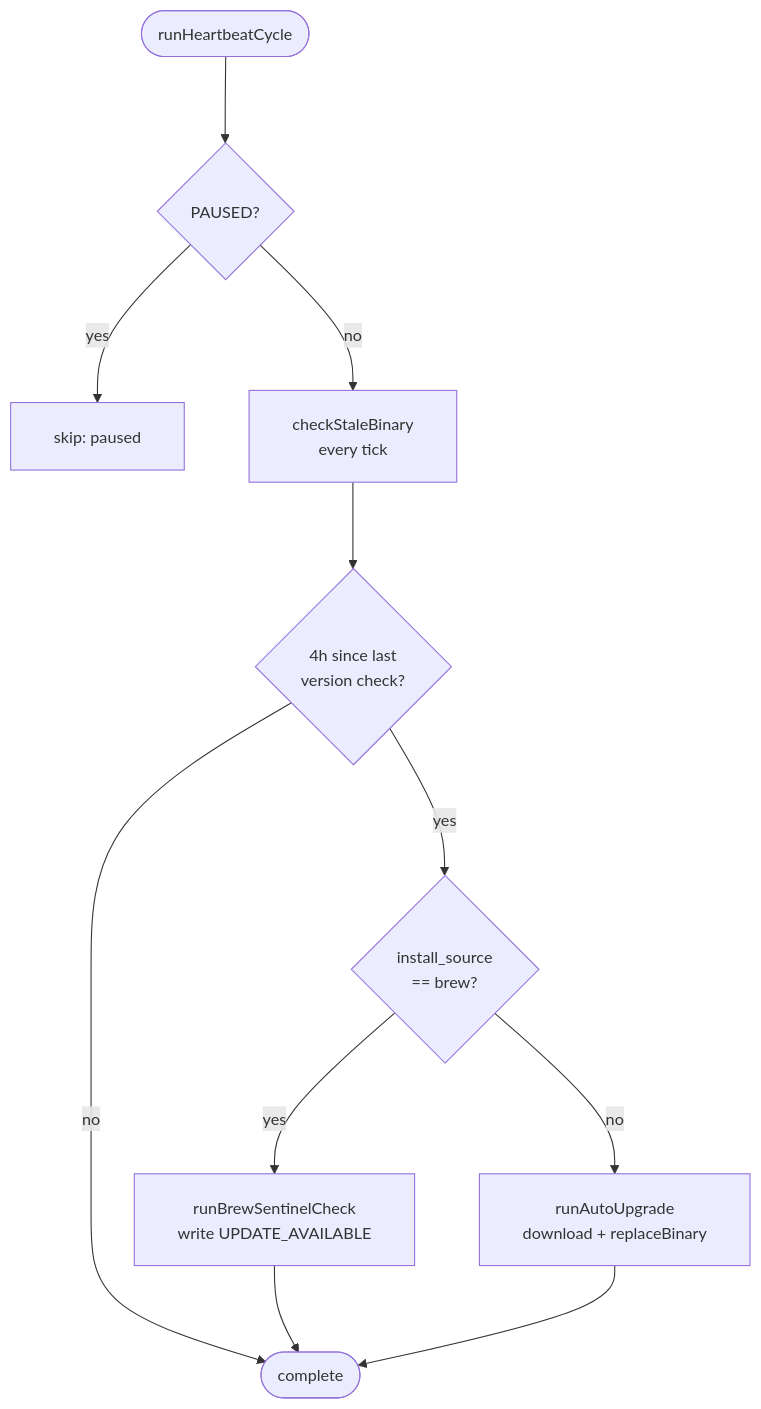
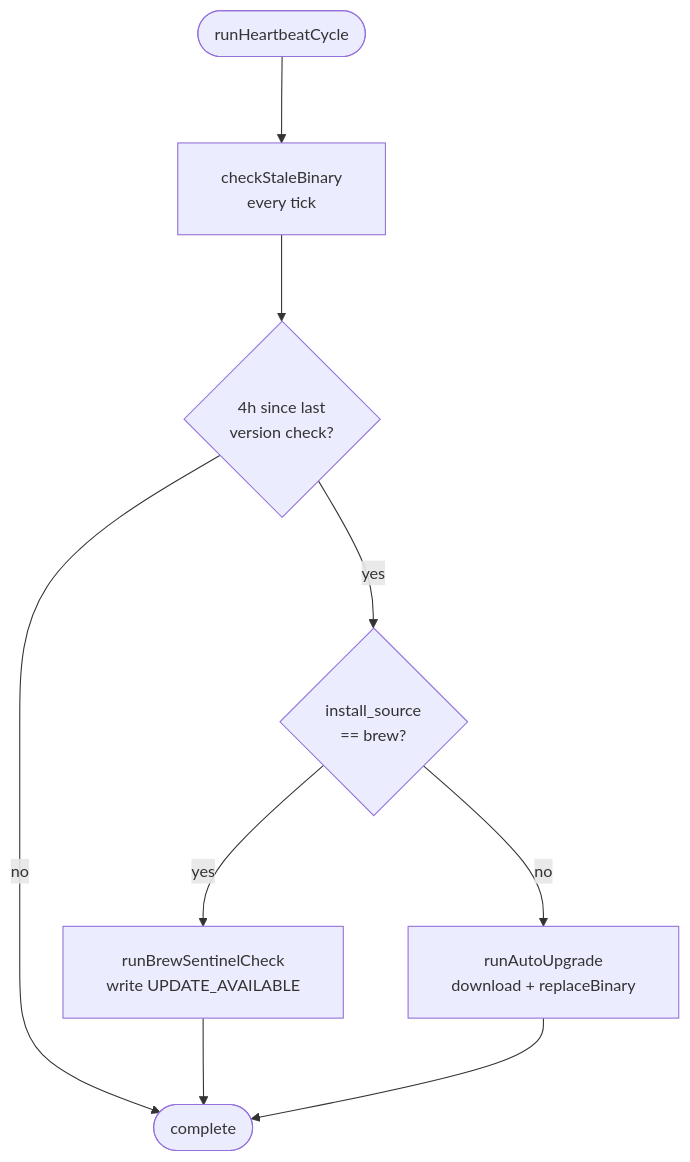
Before and after one commit to proxai/proxai_gateway: the first of 3 diagrams in docs/04-daemon-loops/4.3-heartbeat-cycle.md, drawn with Mermaid. The commit also changed other lines of this file and 94 other files, not shown here.

````diff
--- a/docs/04-daemon-loops/4.3-heartbeat-cycle.md
+++ b/docs/04-daemon-loops/4.3-heartbeat-cycle.md
@@ -17,15 +17,13 @@
 ```mermaid
 %%{init: {'flowchart': {'useMaxWidth': false, 'htmlLabels': true, 'curve': 'basis', 'nodeSpacing': 60, 'rankSpacing': 80, 'padding': 20}, 'sequence': {'useMaxWidth': false, 'mirrorActors': false, 'actorMargin': 100, 'messageMargin': 50, 'boxMargin': 20, 'wrap': true}, 'stateDiagram': {'useMaxWidth': false, 'nodeSpacing': 60, 'rankSpacing': 80}, 'themeVariables': {'fontSize': '15px'}}}%%
 flowchart TD
   start([runHeartbeatCycle])
-  start --> gate{PAUSED?}
-  gate -->|yes| skip[skip: paused]
-  gate -->|no| stale[checkStaleBinary<br/>every tick]
+  start --> stale[checkStaleBinary<br/>every tick]
   stale --> rate{4h since last<br/>version check?}
   rate -->|no| done([complete])
   rate -->|yes| brew{install_source<br/>== brew?}
   brew -->|yes| sentinel[runBrewSentinelCheck<br/>write UPDATE_AVAILABLE]
   brew -->|no| upgrade[runAutoUpgrade<br/>download + replaceBinary]
   sentinel --> done
   upgrade --> done
 ```
````
